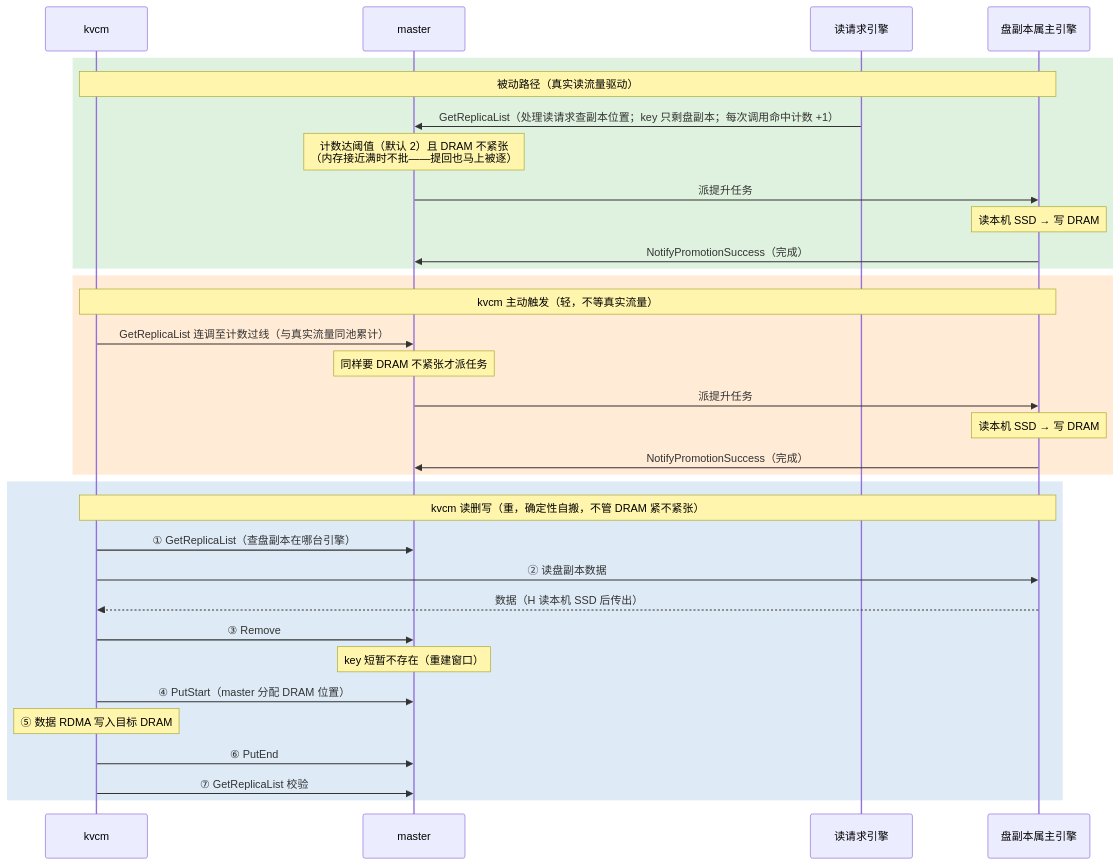
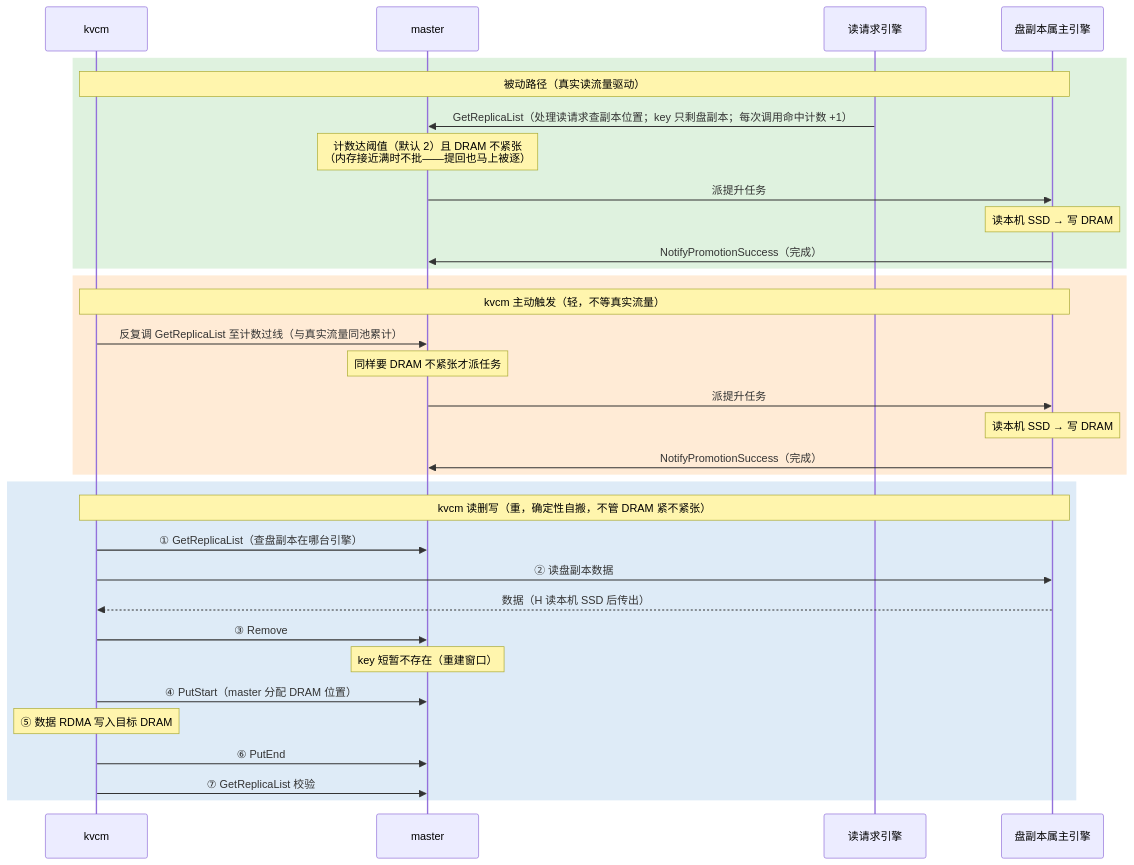
One commit to 5x8-40/lake changed the seventh of 10 diagrams in kvcm/D2-kv-operations.md. Above: the diagram before and after it, drawn with Mermaid. The commit also changed other lines of this file and 4 other files, not shown here.

````diff
--- a/kvcm/D2-kv-operations.md
+++ b/kvcm/D2-kv-operations.md
@@ -529,38 +540,38 @@
 ```mermaid
 sequenceDiagram
     participant K as kvcm
     participant M as master
     participant R as 读请求引擎
     participant H as 盘副本属主引擎
 
     rect rgb(223, 242, 223)
     Note over K,H: 被动路径（真实读流量驱动）
     R->>M: GetReplicaList（处理读请求查副本位置；key 只剩盘副本；每次调用命中计数 +1）
     Note over M: 计数达阈值（默认 2）且 DRAM 不紧张<br/>（内存接近满时不批——提回也马上被逐）
     M->>H: 派提升任务
     Note over H: 读本机 SSD → 写 DRAM
     H->>M: NotifyPromotionSuccess（完成）
     end
 
     rect rgb(255, 235, 214)
     Note over K,H: kvcm 主动触发（轻，不等真实流量）
-    K->>M: GetReplicaList 连调至计数过线（与真实流量同池累计）
+    K->>M: 反复调 GetReplicaList 至计数过线（与真实流量同池累计）
     Note over M: 同样要 DRAM 不紧张才派任务
     M->>H: 派提升任务
     Note over H: 读本机 SSD → 写 DRAM
     H->>M: NotifyPromotionSuccess（完成）
     end
 
     rect rgb(222, 235, 247)
     Note over K,H: kvcm 读删写（重，确定性自搬，不管 DRAM 紧不紧张）
     K->>M: ① GetReplicaList（查盘副本在哪台引擎）
     K->>H: ② 读盘副本数据
     H-->>K: 数据（H 读本机 SSD 后传出）
     K->>M: ③ Remove
     Note over M: key 短暂不存在（重建窗口）
     K->>M: ④ PutStart（master 分配 DRAM 位置）
     Note over K: ⑤ 数据 RDMA 写入目标 DRAM
     K->>M: ⑥ PutEnd
     K->>M: ⑦ GetReplicaList 校验
     end
 ```
````
